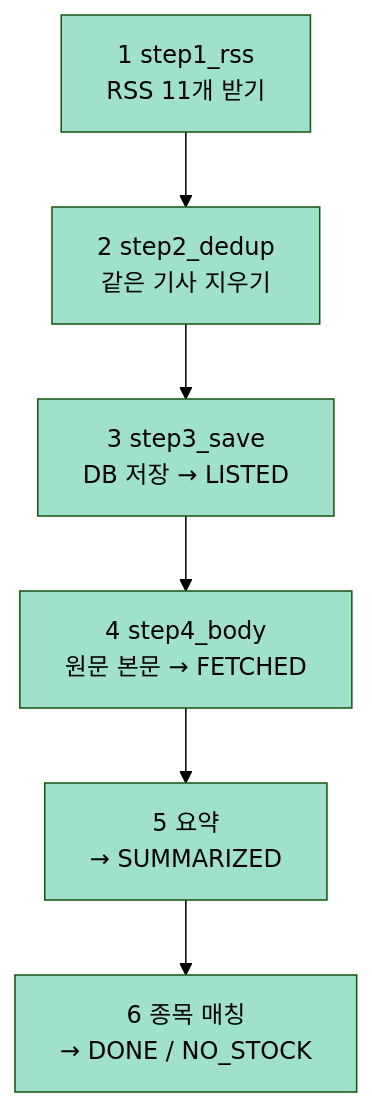
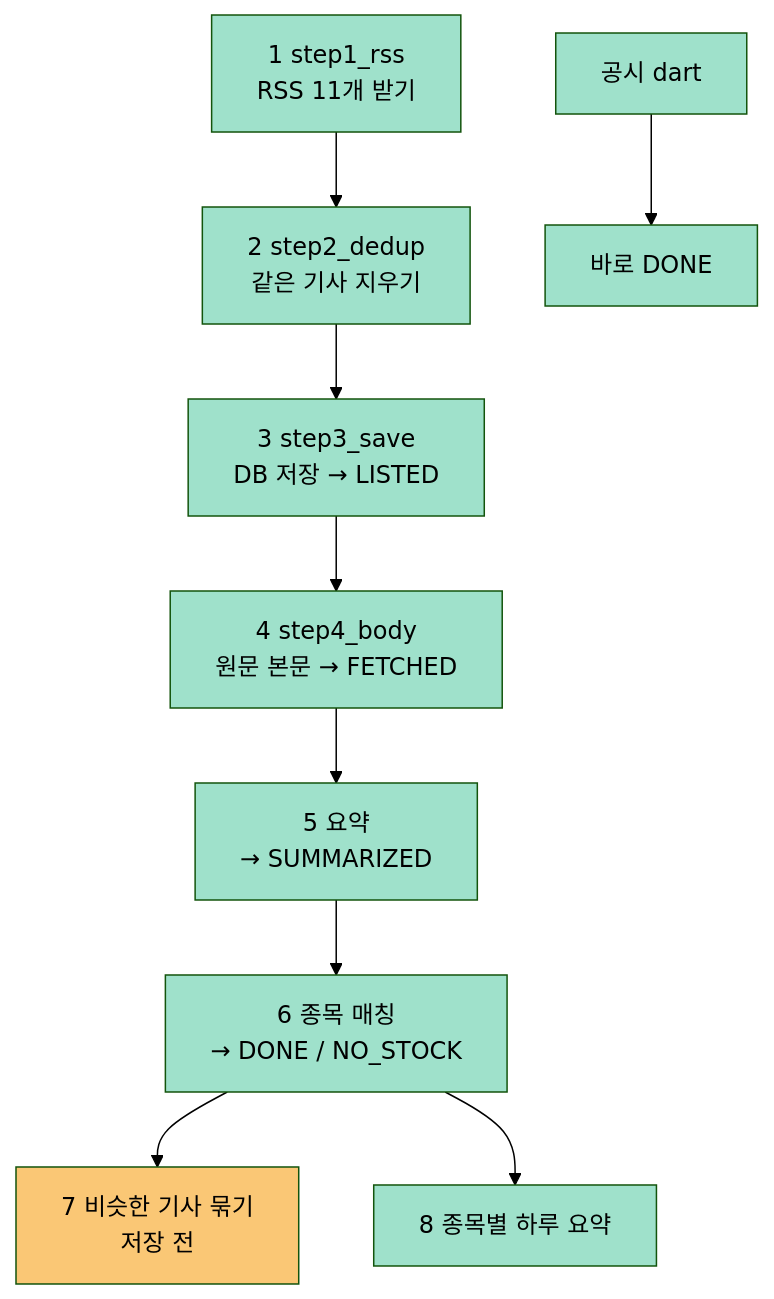
Before and after one commit to hk-finance-team2/stock-news-matching: the second of 2 diagrams in ai/docs/학습/00_전체그림.md, drawn with Mermaid (forest theme). The commit also changed other lines of this file and 9 other files, not shown here.

````diff
--- a/ai/docs/학습/00_전체그림.md
+++ b/ai/docs/학습/00_전체그림.md
@@ -30,14 +30,21 @@
 ```mermaid
 flowchart TD
     A[1 step1_rss<br/>RSS 11개 받기] --> B[2 step2_dedup<br/>같은 기사 지우기]
     B --> C[3 step3_save<br/>DB 저장 → LISTED]
     C --> D[4 step4_body<br/>원문 본문 → FETCHED]
     D --> E[5 요약<br/>→ SUMMARIZED]
     E --> F[6 종목 매칭<br/>→ DONE / NO_STOCK]
+    F --> G[7 비슷한 기사 묶기<br/>저장 전]
+    F --> H[8 종목별 하루 요약]
+    P[공시 dart] --> Q[바로 DONE]
     style A fill:#9FE1CB
     style B fill:#9FE1CB
     style C fill:#9FE1CB
     style D fill:#9FE1CB
     style E fill:#9FE1CB
     style F fill:#9FE1CB
+    style G fill:#FAC775
+    style H fill:#9FE1CB
+    style P fill:#9FE1CB
+    style Q fill:#9FE1CB
 ```
````
